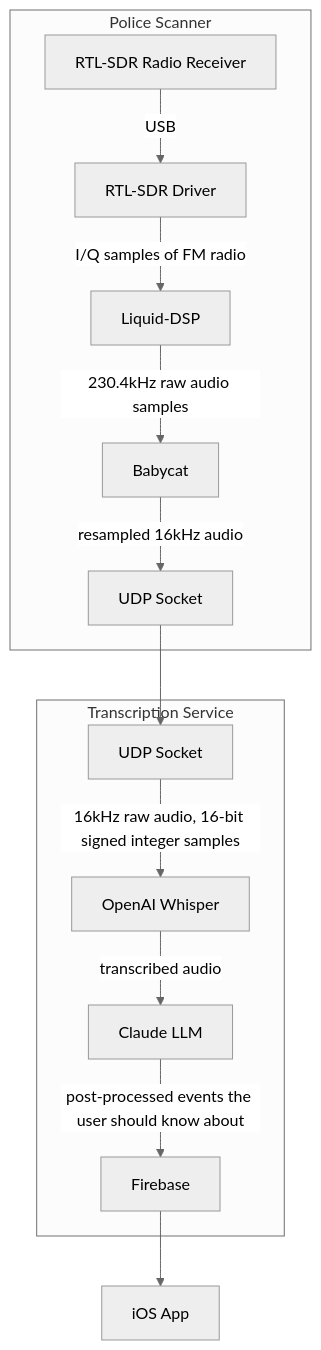
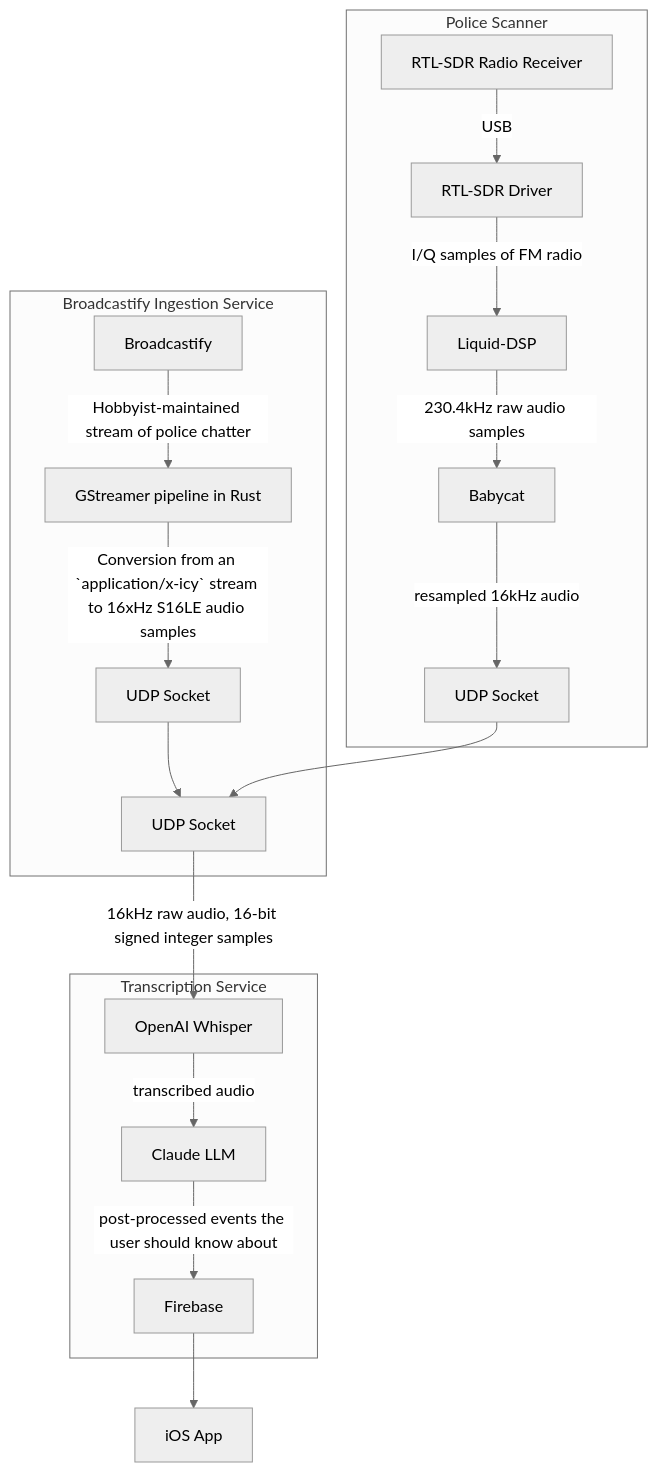
One commit to MiniHacks/hearshot changed the diagram in README.md. Above: the diagram before and after it, drawn with Mermaid (neutral theme). The commit also changed other lines of this file, not shown here.

````diff
--- a/README.md
+++ b/README.md
@@ -6,33 +6,43 @@
 ```mermaid
 flowchart TD
   subgraph Police Scanner
     rfrx[RTL-SDR Radio Receiver];
     driver[RTL-SDR Driver];
     dsp[Liquid-DSP];
     dsp2[Babycat];
     udp_police[UDP Socket];
     
     rfrx -- USB --> driver;
     driver -- I/Q samples of FM radio --> dsp;
     dsp -- 230.4kHz raw audio samples --> dsp2;
     dsp2 -- resampled 16kHz audio --> udp_police;
   end;
   
+  subgraph Broadcastify Ingestion Service
+    bcast[Broadcastify];
+    gst[GStreamer pipeline in Rust];
+    udp_bcast[UDP Socket];
+    
+    bcast -- Hobbyist-maintained stream of police chatter --> gst;
+    gst -- Conversion from an `application/x-icy` stream to 16xHz S16LE audio samples --> udp_bcast;
+    udp_bcast --> udp_transcribe;
+  end;
+  
   udp_police --> udp_transcribe;
-  
+ 
   
   
   subgraph a[Transcription Service];
     udp_transcribe[UDP Socket];
     whisper[OpenAI Whisper];
     claude[Claude LLM];
     firebase[Firebase];
     
     udp_transcribe -- 16kHz raw audio, 16-bit signed integer samples --> whisper;
     whisper -- transcribed audio --> claude;
     claude -- post-processed events the user should know about --> firebase;
   end;
   
   ios[iOS App];
   firebase-->ios;
 ```
````
